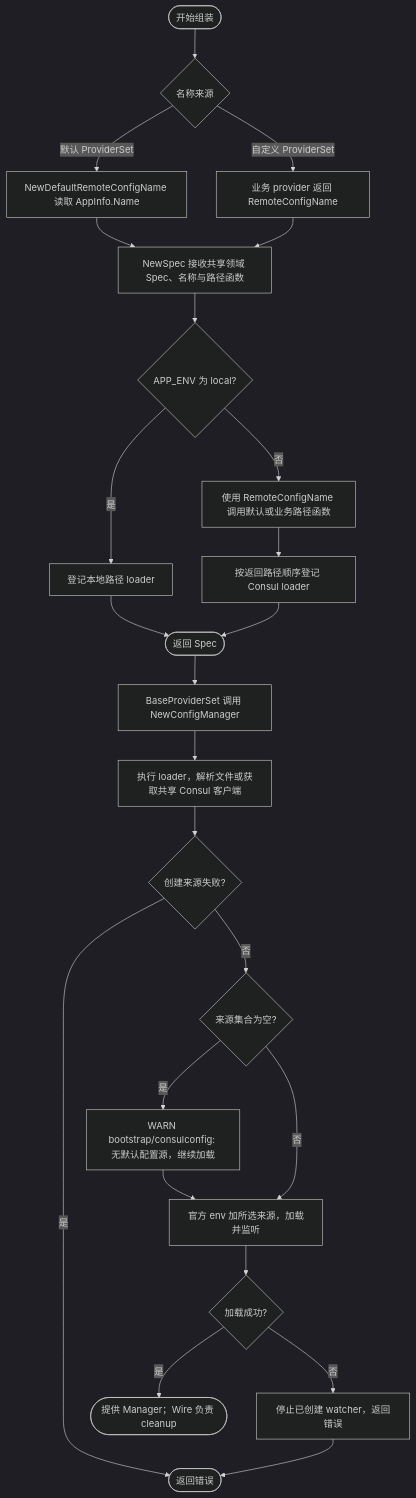
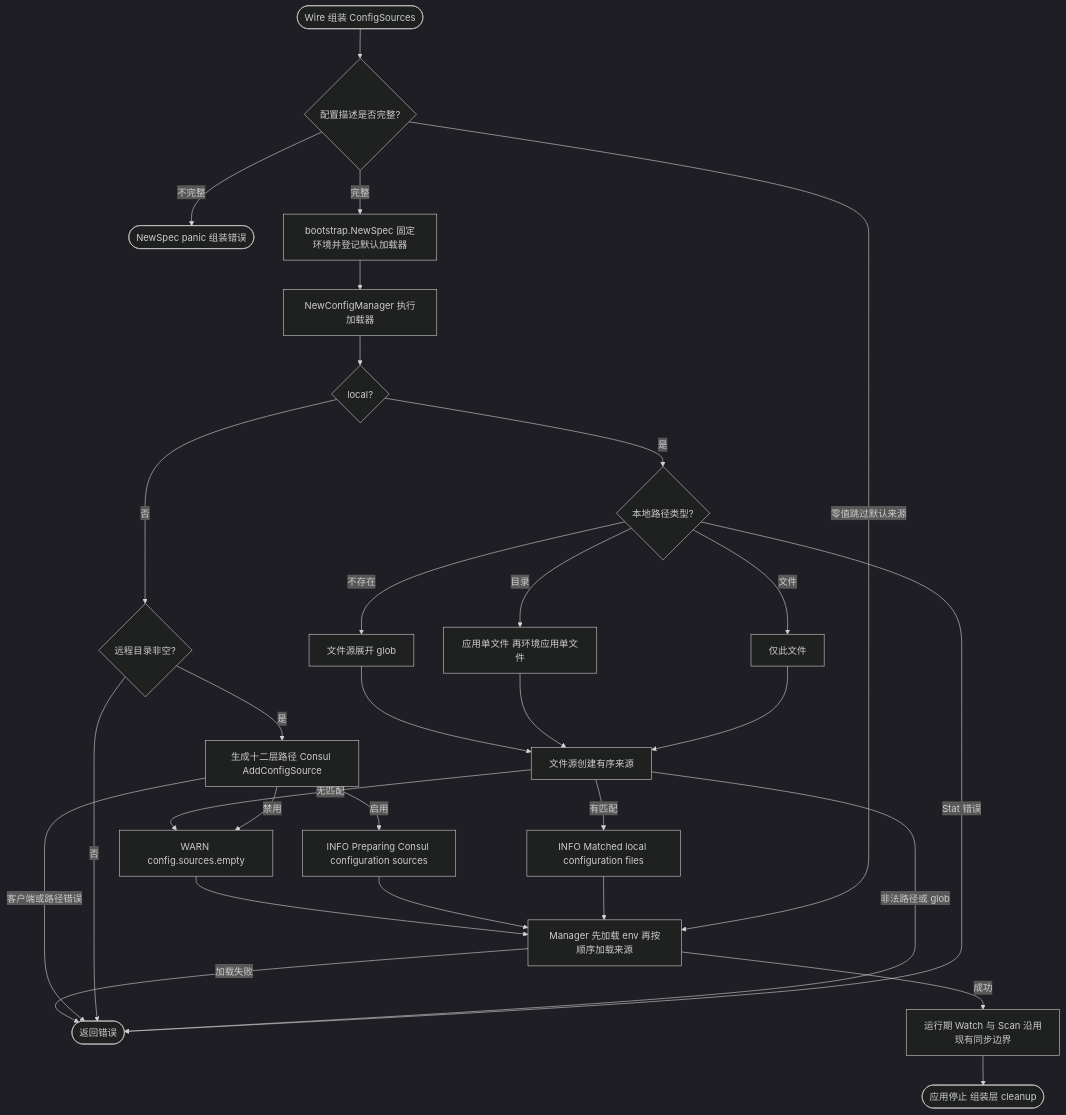
Before and after one commit to jaggerzhuang1994/kratos-foundation: the diagram in contrib/bootstrap/consulconfig/README.md, drawn with Mermaid (dark theme). The commit also changed other lines of this file and 26 other files, not shown here.

````diff
--- a/contrib/bootstrap/consulconfig/README.md
+++ b/contrib/bootstrap/consulconfig/README.md
@@ -71,26 +90,28 @@
 ```mermaid
 flowchart TD
- A([开始组装]) --> A1{名称来源}
- A1 -- 默认 ProviderSet --> A2[NewDefaultRemoteConfigName 读取 AppInfo.Name]
- A1 -- 自定义 ProviderSet --> A3[业务 provider 返回 RemoteConfigName]
- A2 --> A4[NewSpec 接收共享领域 Spec、名称与路径函数]
- A3 --> A4
- A4 --> B{APP_ENV 为 local?}
- B -- 是 --> C[登记本地路径 loader]
- B -- 否 --> D[使用 RemoteConfigName 调用默认或业务路径函数]
- D --> E[按返回路径顺序登记 Consul loader]
- C --> F([返回 Spec])
- E --> F
- F --> G[BaseProviderSet 调用 NewConfigManager]
- G --> H[执行 loader，解析文件或获取共享 Consul 客户端]
- H --> I{创建来源失败?}
- I -- 是 --> X([返回错误])
- I -- 否 --> N{来源集合为空?}
- N -- 是 --> O[WARN bootstrap/consulconfig: 无默认配置源，继续加载]
- O --> J[官方 env 加所选来源，加载并监听]
- N -- 否 --> J
- J --> K{加载成功?}
- K -- 否 --> L[停止已创建 watcher，返回错误]
- L --> X
- K -- 是 --> M([提供 Manager；Wire 负责 cleanup])
+    A([Wire 组装 ConfigSources]) --> B{配置描述是否完整?}
+    B -- 零值跳过默认来源 --> L
+    B -- 不完整 --> P([NewSpec panic 组装错误])
+    B -- 完整 --> B1[bootstrap.NewSpec 固定环境并登记默认加载器]
+    B1 --> C[NewConfigManager 执行加载器]
+    C --> D{local?}
+    D -- 是 --> E{本地路径类型?}
+    E -- 文件 --> F[仅此文件]
+    E -- 目录 --> G[应用单文件 再环境应用单文件]
+    E -- 不存在 --> H[文件源展开 glob]
+    E -- Stat 错误 --> X([返回错误])
+    F & G & H --> I[文件源创建有序来源]
+    I -- 非法路径或 glob --> X
+    I -- 有匹配 --> IL[INFO Matched local configuration files]
+    D -- 否 --> J{远程目录非空?}
+    J -- 否 --> X
+    J -- 是 --> K[生成十二层路径 Consul AddConfigSource]
+    K -- 客户端或路径错误 --> X
+    K -- 启用 --> KL[INFO Preparing Consul configuration sources]
+    K -- 禁用 --> W[WARN config.sources.empty]
+    I -- 无匹配 --> W
+    IL & KL & W --> L[Manager 先加载 env 再按顺序加载来源]
+    L -- 加载失败 --> X
+    L -- 成功 --> M[运行期 Watch 与 Scan 沿用现有同步边界]
+    M --> N([应用停止 组装层 cleanup])
 ```
````
